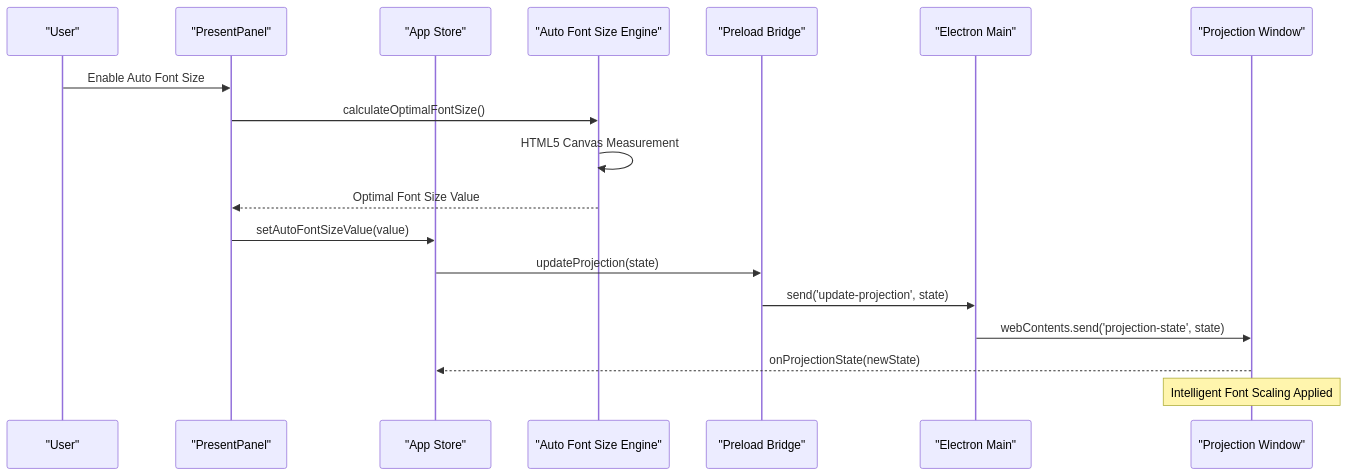
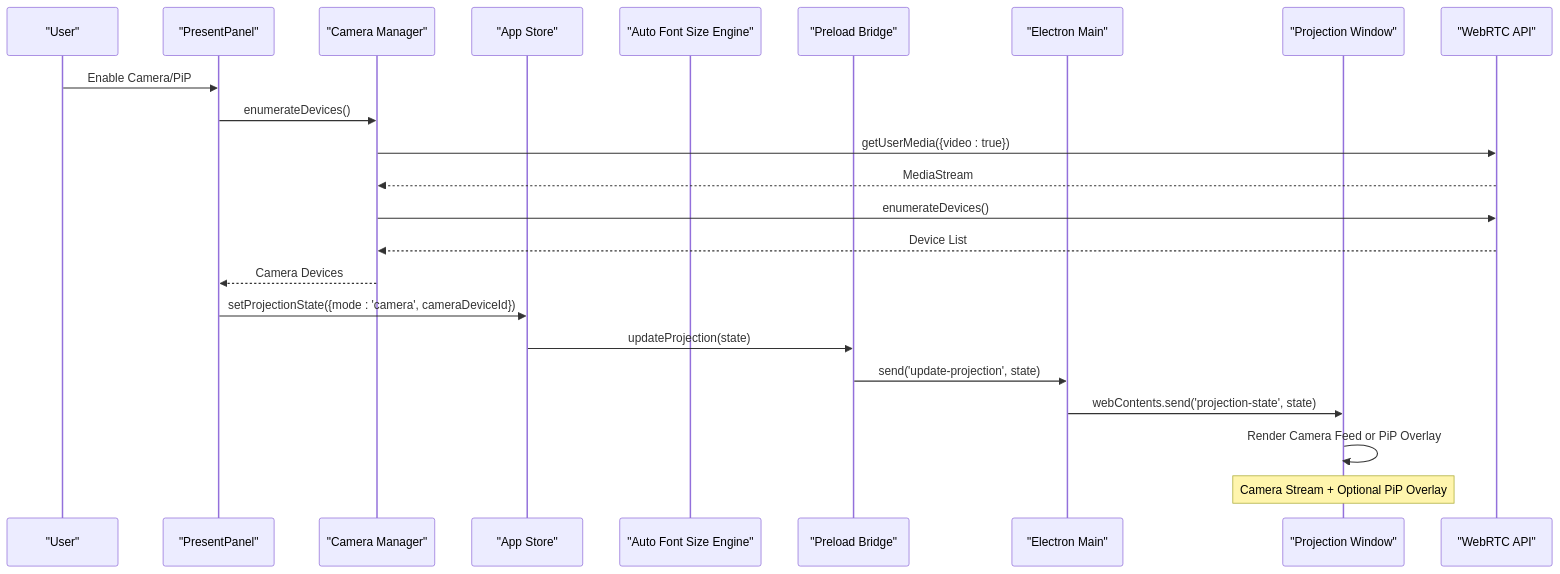
The second of 4 diagrams in .qoder/repowiki/en/content/User Interface Components/Presentation Controls Component.md (jimmywyk/lyricdeck), drawn with Mermaid before and after one commit. The commit also changed other lines of this file and 5 other files, not shown here.

````diff
--- a/.qoder/repowiki/en/content/User Interface Components/Presentation Controls Component.md
+++ b/.qoder/repowiki/en/content/User Interface Components/Presentation Controls Component.md
@@ -109,20 +114,25 @@
 ```mermaid
 sequenceDiagram
 participant User as "User"
 participant PP as "PresentPanel"
+participant CAM as "Camera Manager"
 participant Store as "App Store"
 participant AUTO as "Auto Font Size Engine"
 participant IPC as "Preload Bridge"
 participant Main as "Electron Main"
 participant PW as "Projection Window"
-User->>PP : Enable Auto Font Size
-PP->>AUTO : calculateOptimalFontSize()
-AUTO->>AUTO : HTML5 Canvas Measurement
-AUTO-->>PP : Optimal Font Size Value
-PP->>Store : setAutoFontSizeValue(value)
+participant WEBRTC as "WebRTC API"
+User->>PP : Enable Camera/PiP
+PP->>CAM : enumerateDevices()
+CAM->>WEBRTC : getUserMedia({video : true})
+WEBRTC-->>CAM : MediaStream
+CAM->>WEBRTC : enumerateDevices()
+WEBRTC-->>CAM : Device List
+CAM-->>PP : Camera Devices
+PP->>Store : setProjectionState({mode : 'camera', cameraDeviceId})
 Store->>IPC : updateProjection(state)
 IPC->>Main : send('update-projection', state)
 Main->>PW : webContents.send('projection-state', state)
-PW-->>Store : onProjectionState(newState)
-Note over PW : Intelligent Font Scaling Applied
+PW->>PW : Render Camera Feed or PiP Overlay
+Note over PW : Camera Stream + Optional PiP Overlay
 ```
````
